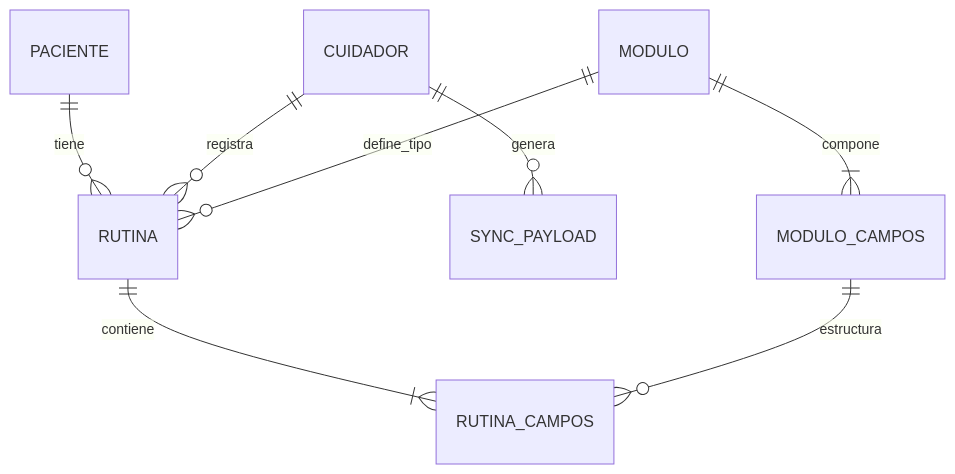
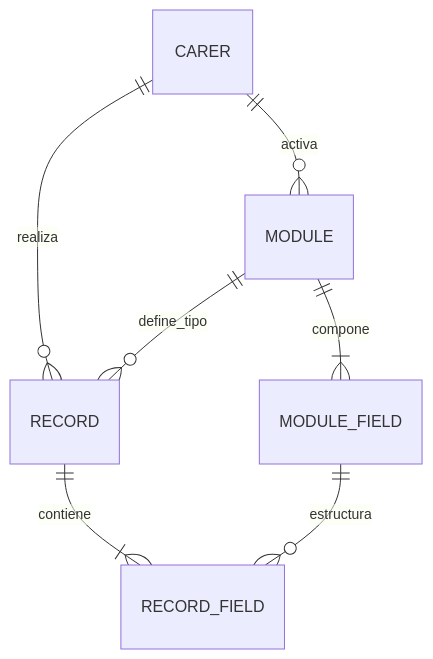
The diagram in docs/architecture/data-model.md (SrAlcantaraRD/Olivia), drawn with Mermaid before and after one commit. The commit also changed other lines of this file and 2 other files, not shown here.

Commit message:
feat(data-model): update entity-relationship diagram and relationships for records and modules

````diff
--- a/docs/architecture/data-model.md
+++ b/docs/architecture/data-model.md
@@ -7,12 +7,11 @@
 ```mermaid
 erDiagram
-    PACIENTE ||--o{ RUTINA : tiene
-    CUIDADOR ||--o{ RUTINA : registra
-    CUIDADOR ||--o{ SYNC_PAYLOAD : genera
+    CARER ||--o{ RECORD : realiza
+    CARER ||--o{ MODULE : activa
 
-    MODULO ||--o{ RUTINA : define_tipo
-    MODULO ||--|{ MODULO_CAMPOS : compone
+    MODULE ||--o{ RECORD : define_tipo
+    MODULE ||--|{ MODULE_FIELD : compone
 
-    RUTINA ||--|{ RUTINA_CAMPOS : contiene
-    MODULO_CAMPOS ||--o{ RUTINA_CAMPOS : estructura
+    RECORD ||--|{ RECORD_FIELD : contiene
+    MODULE_FIELD ||--o{ RECORD_FIELD : estructura
 ```
````
